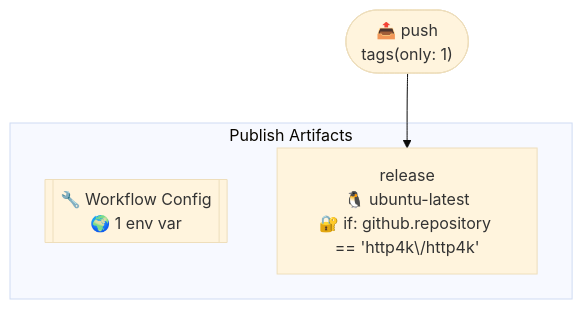
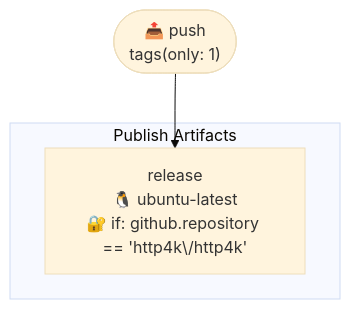
Before and after one commit to http4k/http4k: the first of 2 diagrams in .github/typeflows/publish-artifacts/README.md, drawn with Mermaid (base theme). The commit also changed other lines of this file and 6 other files, not shown here.

````diff
--- a/.github/typeflows/publish-artifacts/README.md
+++ b/.github/typeflows/publish-artifacts/README.md
@@ -3,10 +3,9 @@
 ```mermaid
 %%{init: {"flowchart": {"curve": "basis"}}}%%
 flowchart TD
     push(["📤 push<br/>tags(only: 1)"])
     subgraph publishartifactsyml["Publish Artifacts"]
-        publishartifactsyml_metadata[["🔧 Workflow Config<br/>🌍 1 env var"]]
         publishartifactsyml_release["release<br/>🐧 ubuntu-latest<br/>🔐 if: github.repository == 'http4k\/http4k'"]
     end
     push --> publishartifactsyml_release
 ```
````
